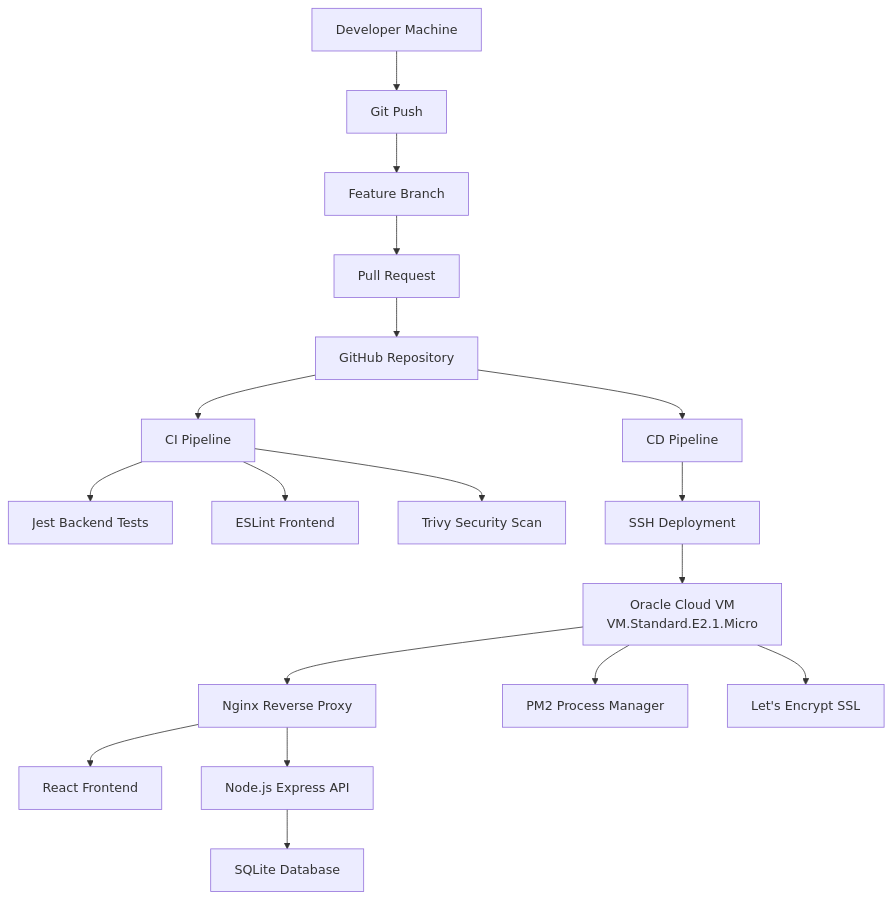
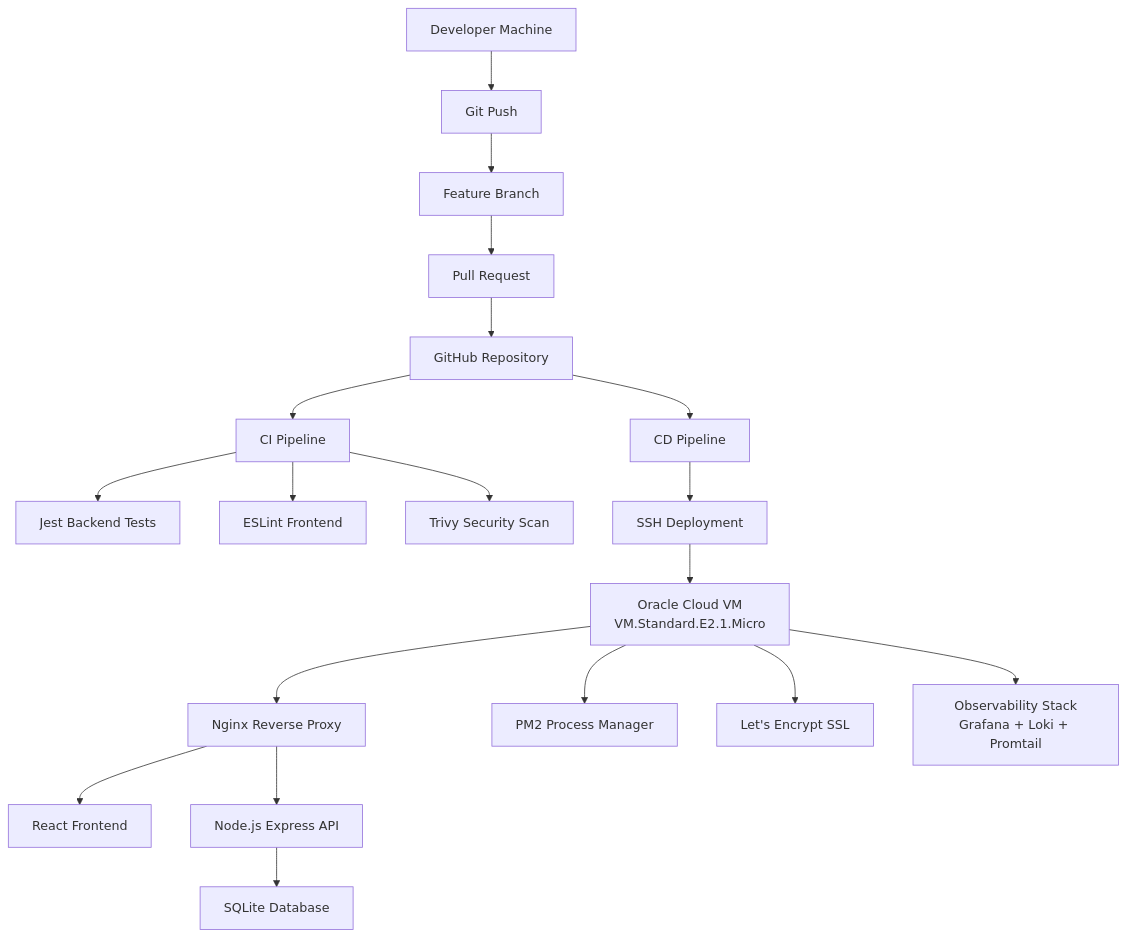
One commit to UvereAnn/uvereann.name.ng changed the first of 3 diagrams in README.md. Above: the diagram before and after it, drawn with Mermaid. The commit also changed other lines of this file and 2 other files, not shown here.

Commit message:
feat: enhance observability features in documentation and code; add Grafana and Loki to architecture

````diff
--- a/README.md
+++ b/README.md
@@ -12,30 +12,31 @@
 ```mermaid
 flowchart TD
 
 A[Developer Machine]
 
 A --> B[Git Push]
 B --> C[Feature Branch]
 C --> D[Pull Request]
 
 D --> E[GitHub Repository]
 
 E --> F[CI Pipeline]
 F --> F1[Jest Backend Tests]
 F --> F2[ESLint Frontend]
 F --> F3[Trivy Security Scan]
 
 E --> G[CD Pipeline]
 G --> H[SSH Deployment]
 
 H --> I[Oracle Cloud VM<br/>VM.Standard.E2.1.Micro]
 
 I --> J[Nginx Reverse Proxy]
 J --> K[React Frontend]
 J --> L[Node.js Express API]
 
 L --> M[SQLite Database]
 
 I --> N[PM2 Process Manager]
 I --> O[Let's Encrypt SSL]
+I --> P[Observability Stack<br/>Grafana + Loki + Promtail]
 ```
````
